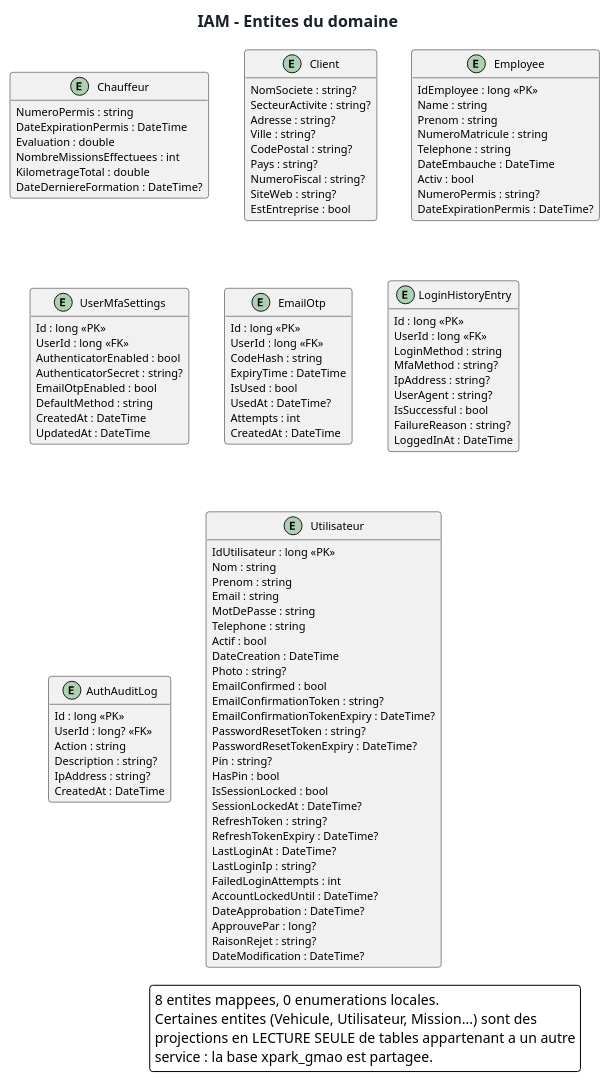
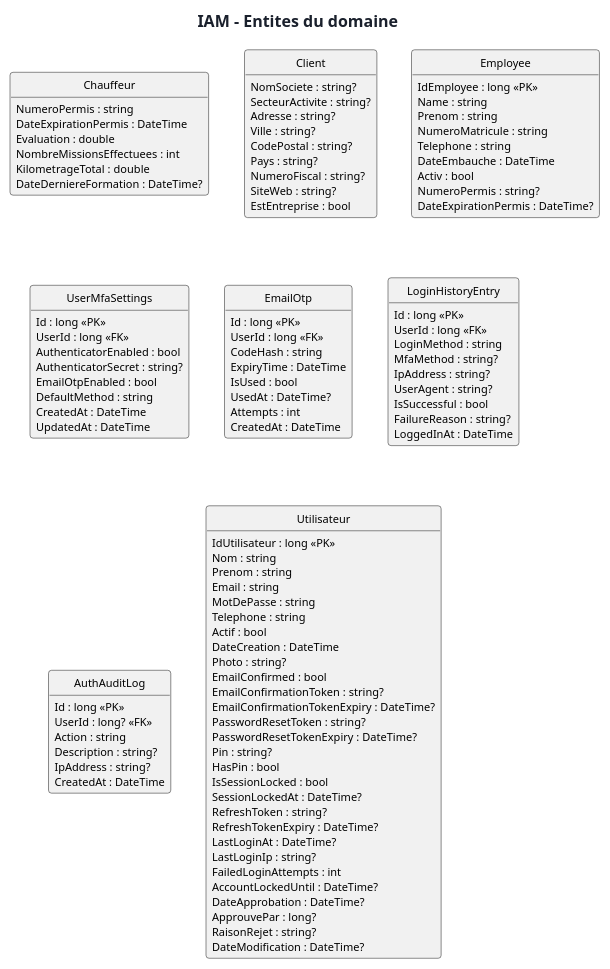
The diagram in docs/diagrams/microservices/IAM/IAM-entities.puml (saber-barhoumi/Xpark-gmao), drawn with PlantUML before and after one commit. The commit also changed 192 other files, not shown here.

First line of the commit message:
docs(uml): mise aux normes academiques des diagrammes des microservices

```diff
--- a/docs/diagrams/microservices/IAM/IAM-entities.puml
+++ b/docs/diagrams/microservices/IAM/IAM-entities.puml
@@ -1,127 +1,120 @@
 @startuml
+skinparam style strictuml
 skinparam backgroundColor #FFFFFF
 skinparam shadowing false
 skinparam defaultFontName Verdana
 skinparam defaultFontSize 11
 skinparam roundCorner 6
 skinparam ArrowColor #4A5568
 skinparam TitleFontSize 16
 skinparam TitleFontColor #1A202C
 skinparam NoteBackgroundColor #FFF8DC
 skinparam NoteBorderColor #D6BF7A
 skinparam componentStyle rectangle
 
 title IAM - Entites du domaine
 
 hide empty methods
 skinparam linetype ortho
 
 entity "Chauffeur" as Chauffeur {
   NumeroPermis : string
   DateExpirationPermis : DateTime
   Evaluation : double
   NombreMissionsEffectuees : int
   KilometrageTotal : double
   DateDerniereFormation : DateTime?
 }
 entity "Client" as Client {
   NomSociete : string?
   SecteurActivite : string?
   Adresse : string?
   Ville : string?
   CodePostal : string?
   Pays : string?
   NumeroFiscal : string?
   SiteWeb : string?
   EstEntreprise : bool
 }
 entity "Employee" as Employee {
   IdEmployee : long <<PK>>
   Name : string
   Prenom : string
   NumeroMatricule : string
   Telephone : string
   DateEmbauche : DateTime
   Activ : bool
   NumeroPermis : string?
   DateExpirationPermis : DateTime?
 }
 entity "UserMfaSettings" as UserMfaSettings {
   Id : long <<PK>>
   UserId : long <<FK>>
   AuthenticatorEnabled : bool
   AuthenticatorSecret : string?
   EmailOtpEnabled : bool
   DefaultMethod : string
   CreatedAt : DateTime
   UpdatedAt : DateTime
 }
 entity "EmailOtp" as EmailOtp {
   Id : long <<PK>>
   UserId : long <<FK>>
   CodeHash : string
   ExpiryTime : DateTime
   IsUsed : bool
   UsedAt : DateTime?
   Attempts : int
   CreatedAt : DateTime
 }
 entity "LoginHistoryEntry" as LoginHistoryEntry {
   Id : long <<PK>>
   UserId : long <<FK>>
   LoginMethod : string
   MfaMethod : string?
   IpAddress : string?
   UserAgent : string?
   IsSuccessful : bool
   FailureReason : string?
   LoggedInAt : DateTime
 }
 entity "AuthAuditLog" as AuthAuditLog {
   Id : long <<PK>>
   UserId : long? <<FK>>
   Action : string
   Description : string?
   IpAddress : string?
   CreatedAt : DateTime
 }
 entity "Utilisateur" as Utilisateur {
   IdUtilisateur : long <<PK>>
   Nom : string
   Prenom : string
   Email : string
   MotDePasse : string
   Telephone : string
   Actif : bool
   DateCreation : DateTime
   Photo : string?
   EmailConfirmed : bool
   EmailConfirmationToken : string?
   EmailConfirmationTokenExpiry : DateTime?
   PasswordResetToken : string?
   PasswordResetTokenExpiry : DateTime?
   Pin : string?
   HasPin : bool
   IsSessionLocked : bool
   SessionLockedAt : DateTime?
   RefreshToken : string?
   RefreshTokenExpiry : DateTime?
   LastLoginAt : DateTime?
   LastLoginIp : string?
   FailedLoginAttempts : int
   AccountLockedUntil : DateTime?
   DateApprobation : DateTime?
   ApprouvePar : long?
   RaisonRejet : string?
   DateModification : DateTime?
 }
 
-
-legend right
-8 entites mappees, 0 enumerations locales.
-Certaines entites (Vehicule, Utilisateur, Mission...) sont des
-projections en LECTURE SEULE de tables appartenant a un autre
-service : la base xpark_gmao est partagee.
-endlegend
-
 @enduml
```
